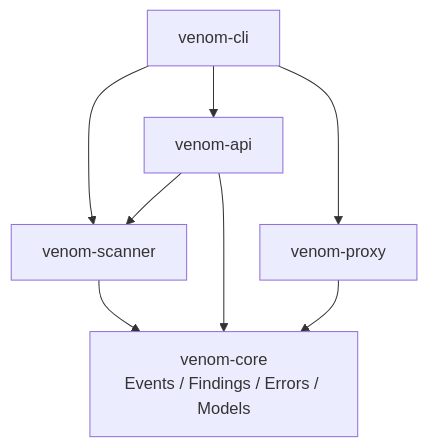
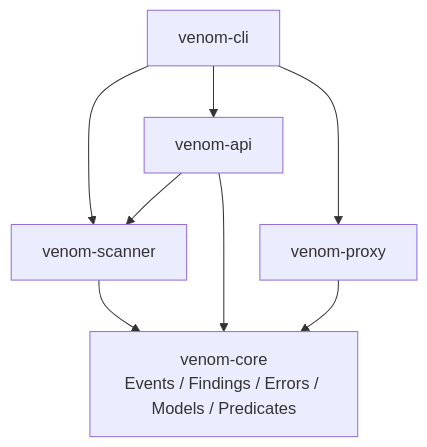
One commit to ITherso/termivar changed the first of 4 diagrams in docs/architecture.md. Above: the diagram before and after it, drawn with Mermaid. The commit also changed other lines of this file and 24 other files, not shown here.

````diff
--- a/docs/architecture.md
+++ b/docs/architecture.md
@@ -21,10 +21,10 @@
 ```mermaid
 flowchart TD
     CLI[venom-cli] --> Scanner[venom-scanner]
     CLI --> API[venom-api]
     CLI --> Proxy[venom-proxy]
     API --> Scanner
-    Scanner --> Core["venom-core<br/>Events / Findings / Errors / Models"]
+    Scanner --> Core["venom-core<br/>Events / Findings / Errors / Models / Predicates"]
     API --> Core
     Proxy --> Core
 ```
````
